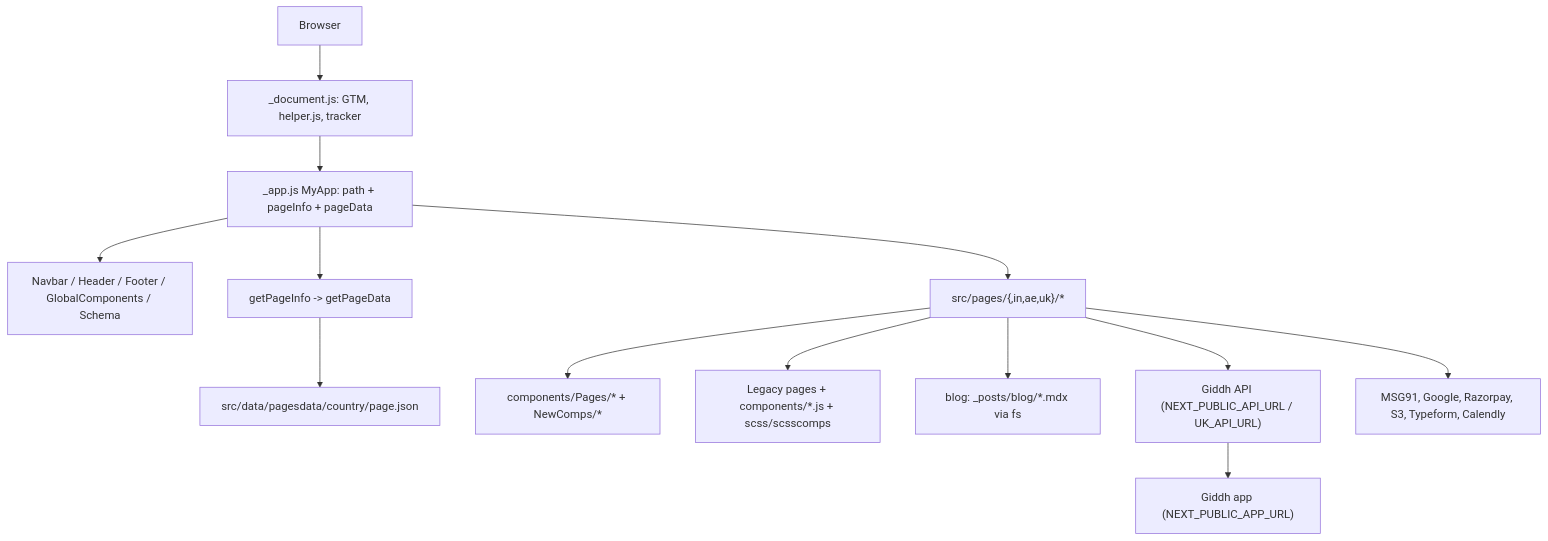
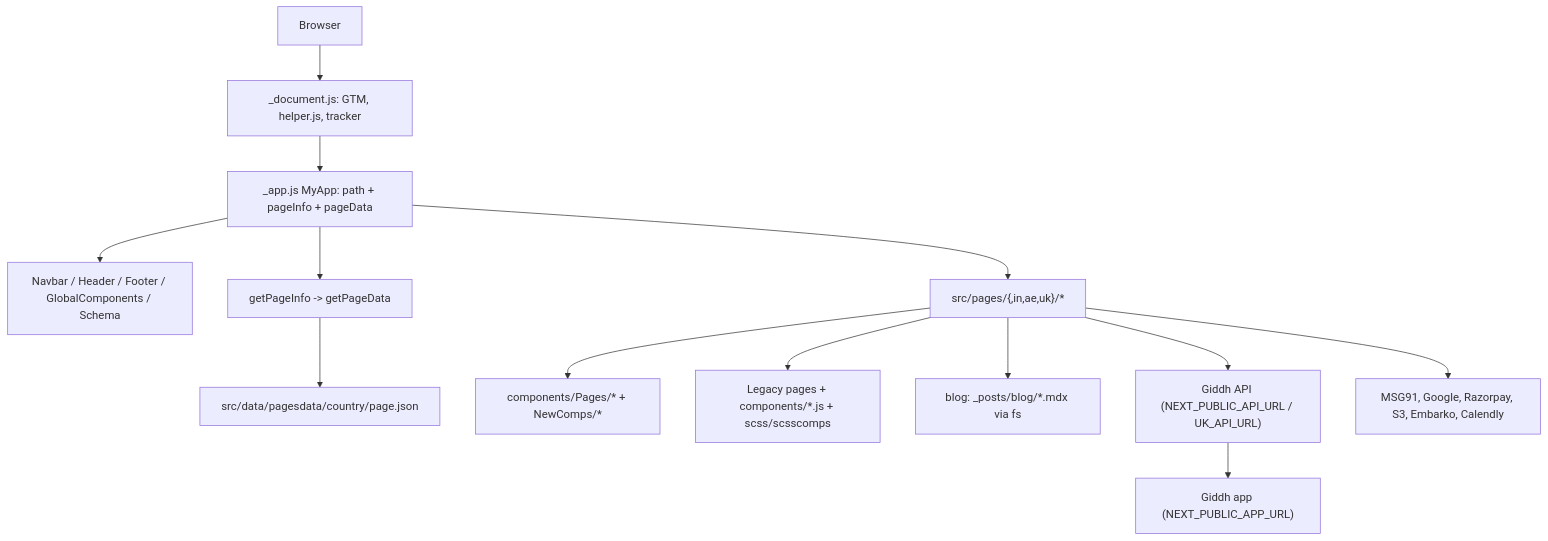
The diagram in docs/ARCHITECTURE.md (Walkover-Web-Solution/Giddh-Website), drawn with Mermaid before and after one commit. The commit also changed other lines of this file and 15 other files, not shown here.

Commit message:
Replace Typeform with Embarko contact app

````diff
--- a/docs/ARCHITECTURE.md
+++ b/docs/ARCHITECTURE.md
@@ -12,15 +12,15 @@
 ```mermaid
 graph TD
     Browser["Browser"] --> Doc["_document.js: GTM, helper.js, tracker"]
     Doc --> App["_app.js MyApp: path + pageInfo + pageData"]
     App --> Chrome["Navbar / Header / Footer / GlobalComponents / Schema"]
     App --> Pages["src/pages/{,in,ae,uk}/*"]
     App --> PD["getPageInfo -> getPageData"]
     PD --> JSON["src/data/pagesdata/country/page.json"]
     Pages --> PageComps["components/Pages/* + NewComps/*"]
     Pages --> Legacy["Legacy pages + components/*.js + scss/scsscomps"]
     Pages --> Blog["blog: _posts/blog/*.mdx via fs"]
     Pages --> API["Giddh API (NEXT_PUBLIC_API_URL / UK_API_URL)"]
-    Pages --> Third["MSG91, Google, Razorpay, S3, Typeform, Calendly"]
+    Pages --> Third["MSG91, Google, Razorpay, S3, Embarko, Calendly"]
     API --> GApp["Giddh app (NEXT_PUBLIC_APP_URL)"]
 ```
````
